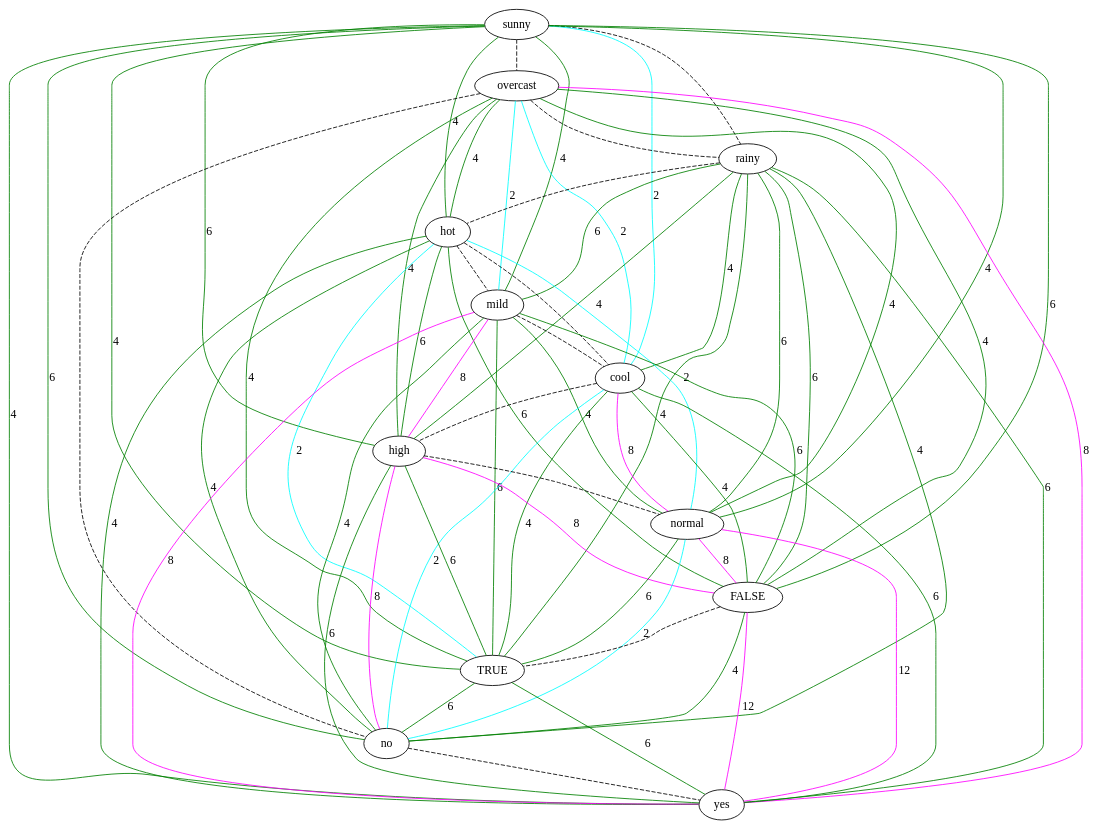
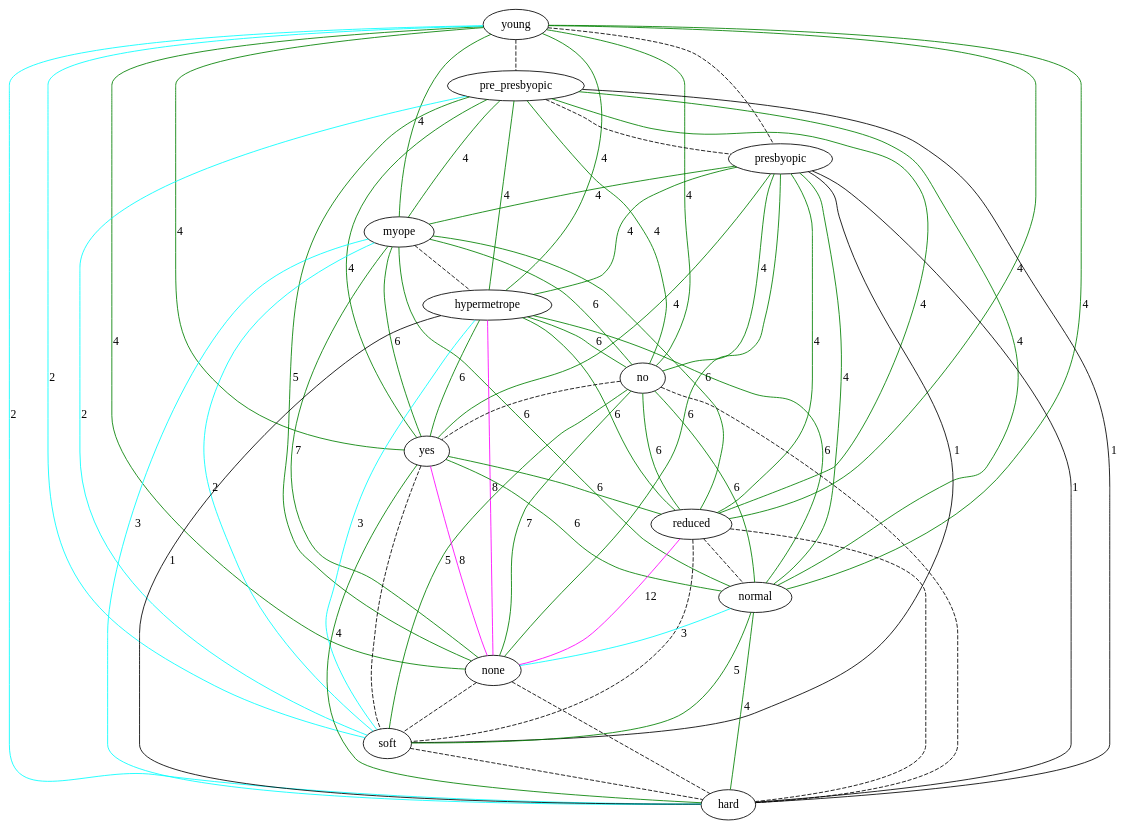
The diagram in src/final/exponentialGraph.dot (lrodrin/TFG), drawn with Graphviz before and after one commit. The commit also changed 8 other files, not shown here.

```diff
--- a/src/final/exponentialGraph.dot
+++ b/src/final/exponentialGraph.dot
@@ -1,80 +1,80 @@
 strict graph "" {
-sunny;
-overcast;
-rainy;
-hot;
-mild;
-cool;
-high;
-normal;
-FALSE;
-TRUE;
+young;
+pre_presbyopic;
+presbyopic;
+myope;
+hypermetrope;
 no;
 yes;
-sunny -- overcast  [color=black, style=dashed];
-sunny -- rainy  [color=black, style=dashed];
-sunny -- hot  [color=green, label=4, style=solid];
-sunny -- mild  [color=green, label=4, style=solid];
-sunny -- cool  [color=cyan, label=2, style=solid];
-sunny -- high  [color=green, label=6, style=solid];
-sunny -- normal  [color=green, label=4, style=solid];
-sunny -- FALSE  [color=green, label=6, style=solid];
-sunny -- TRUE  [color=green, label=4, style=solid];
-sunny -- no  [color=green, label=6, style=solid];
-sunny -- yes  [color=green, label=4, style=solid];
-overcast -- rainy  [color=black, style=dashed];
-overcast -- hot  [color=green, label=4, style=solid];
-overcast -- mild  [color=cyan, label=2, style=solid];
-overcast -- cool  [color=cyan, label=2, style=solid];
-overcast -- high  [color=green, label=4, style=solid];
-overcast -- normal  [color=green, label=4, style=solid];
-overcast -- FALSE  [color=green, label=4, style=solid];
-overcast -- TRUE  [color=green, label=4, style=solid];
-overcast -- no  [color=black, style=dashed];
-overcast -- yes  [color=magenta, label=8, style=solid];
-rainy -- hot  [color=black, style=dashed];
-rainy -- mild  [color=green, label=6, style=solid];
-rainy -- cool  [color=green, label=4, style=solid];
-rainy -- high  [color=green, label=4, style=solid];
-rainy -- normal  [color=green, label=6, style=solid];
-rainy -- FALSE  [color=green, label=6, style=solid];
-rainy -- TRUE  [color=green, label=4, style=solid];
-rainy -- no  [color=green, label=4, style=solid];
-rainy -- yes  [color=green, label=6, style=solid];
-hot -- mild  [color=black, style=dashed];
-hot -- cool  [color=black, style=dashed];
-hot -- high  [color=green, label=6, style=solid];
-hot -- normal  [color=cyan, label=2, style=solid];
-hot -- FALSE  [color=green, label=6, style=solid];
-hot -- TRUE  [color=cyan, label=2, style=solid];
-hot -- no  [color=green, label=4, style=solid];
-hot -- yes  [color=green, label=4, style=solid];
-mild -- cool  [color=black, style=dashed];
-mild -- high  [color=magenta, label=8, style=solid];
-mild -- normal  [color=green, label=4, style=solid];
-mild -- FALSE  [color=green, label=6, style=solid];
-mild -- TRUE  [color=green, label=6, style=solid];
-mild -- no  [color=green, label=4, style=solid];
-mild -- yes  [color=magenta, label=8, style=solid];
-cool -- high  [color=black, style=dashed];
-cool -- normal  [color=magenta, label=8, style=solid];
-cool -- FALSE  [color=green, label=4, style=solid];
-cool -- TRUE  [color=green, label=4, style=solid];
-cool -- no  [color=cyan, label=2, style=solid];
-cool -- yes  [color=green, label=6, style=solid];
-high -- normal  [color=black, style=dashed];
-high -- FALSE  [color=magenta, label=8, style=solid];
-high -- TRUE  [color=green, label=6, style=solid];
-high -- no  [color=magenta, label=8, style=solid];
-high -- yes  [color=green, label=6, style=solid];
-normal -- FALSE  [color=magenta, label=8, style=solid];
-normal -- TRUE  [color=green, label=6, style=solid];
-normal -- no  [color=cyan, label=2, style=solid];
-normal -- yes  [color=magenta, label=12, style=solid];
-FALSE -- TRUE  [color=black, style=dashed];
-FALSE -- no  [color=green, label=4, style=solid];
-FALSE -- yes  [color=magenta, label=12, style=solid];
-TRUE -- no  [color=green, label=6, style=solid];
-TRUE -- yes  [color=green, label=6, style=solid];
+reduced;
+normal;
+none;
+soft;
+hard;
+young -- pre_presbyopic  [color=black, style=dashed];
+young -- presbyopic  [color=black, style=dashed];
+young -- myope  [color=green, label=4, style=solid];
+young -- hypermetrope  [color=green, label=4, style=solid];
+young -- no  [color=green, label=4, style=solid];
+young -- yes  [color=green, label=4, style=solid];
+young -- reduced  [color=green, label=4, style=solid];
+young -- normal  [color=green, label=4, style=solid];
+young -- none  [color=green, label=4, style=solid];
+young -- soft  [color=cyan, label=2, style=solid];
+young -- hard  [color=cyan, label=2, style=solid];
+pre_presbyopic -- presbyopic  [color=black, style=dashed];
+pre_presbyopic -- myope  [color=green, label=4, style=solid];
+pre_presbyopic -- hypermetrope  [color=green, label=4, style=solid];
+pre_presbyopic -- no  [color=green, label=4, style=solid];
+pre_presbyopic -- yes  [color=green, label=4, style=solid];
+pre_presbyopic -- reduced  [color=green, label=4, style=solid];
+pre_presbyopic -- normal  [color=green, label=4, style=solid];
+pre_presbyopic -- none  [color=green, label=5, style=solid];
+pre_presbyopic -- soft  [color=cyan, label=2, style=solid];
+pre_presbyopic -- hard  [color=black, label=1, style=solid];
+presbyopic -- myope  [color=green, label=4, style=solid];
+presbyopic -- hypermetrope  [color=green, label=4, style=solid];
+presbyopic -- no  [color=green, label=4, style=solid];
+presbyopic -- yes  [color=green, label=4, style=solid];
+presbyopic -- reduced  [color=green, label=4, style=solid];
+presbyopic -- normal  [color=green, label=4, style=solid];
+presbyopic -- none  [color=green, label=6, style=solid];
+presbyopic -- soft  [color=black, label=1, style=solid];
+presbyopic -- hard  [color=black, label=1, style=solid];
+myope -- hypermetrope  [color=black, style=dashed];
+myope -- no  [color=green, label=6, style=solid];
+myope -- yes  [color=green, label=6, style=solid];
+myope -- reduced  [color=green, label=6, style=solid];
+myope -- normal  [color=green, label=6, style=solid];
+myope -- none  [color=green, label=7, style=solid];
+myope -- soft  [color=cyan, label=2, style=solid];
+myope -- hard  [color=cyan, label=3, style=solid];
+hypermetrope -- no  [color=green, label=6, style=solid];
+hypermetrope -- yes  [color=green, label=6, style=solid];
+hypermetrope -- reduced  [color=green, label=6, style=solid];
+hypermetrope -- normal  [color=green, label=6, style=solid];
+hypermetrope -- none  [color=magenta, label=8, style=solid];
+hypermetrope -- soft  [color=cyan, label=3, style=solid];
+hypermetrope -- hard  [color=black, label=1, style=solid];
 no -- yes  [color=black, style=dashed];
+no -- reduced  [color=green, label=6, style=solid];
+no -- normal  [color=green, label=6, style=solid];
+no -- none  [color=green, label=7, style=solid];
+no -- soft  [color=green, label=5, style=solid];
+no -- hard  [color=black, style=dashed];
+yes -- reduced  [color=green, label=6, style=solid];
+yes -- normal  [color=green, label=6, style=solid];
+yes -- none  [color=magenta, label=8, style=solid];
+yes -- soft  [color=black, style=dashed];
+yes -- hard  [color=green, label=4, style=solid];
+reduced -- normal  [color=black, style=dashed];
+reduced -- none  [color=magenta, label=12, style=solid];
+reduced -- soft  [color=black, style=dashed];
+reduced -- hard  [color=black, style=dashed];
+normal -- none  [color=cyan, label=3, style=solid];
+normal -- soft  [color=green, label=5, style=solid];
+normal -- hard  [color=green, label=4, style=solid];
+none -- soft  [color=black, style=dashed];
+none -- hard  [color=black, style=dashed];
+soft -- hard  [color=black, style=dashed];
 }
```
